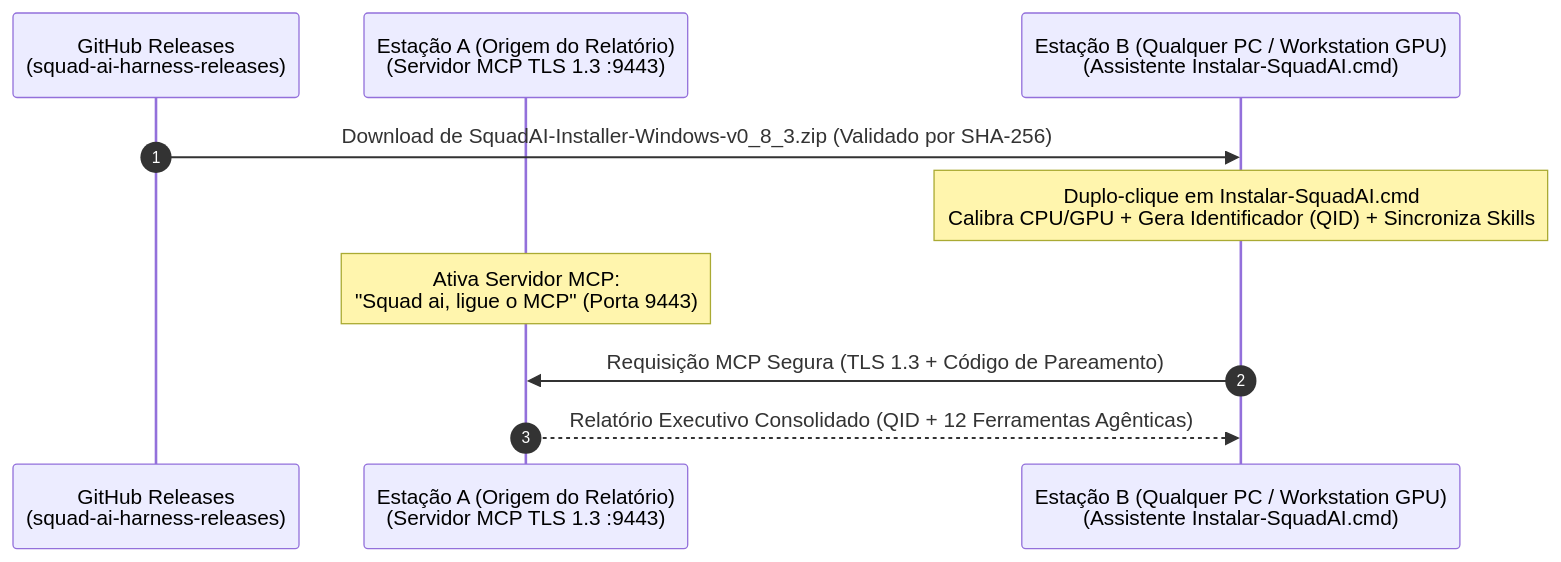
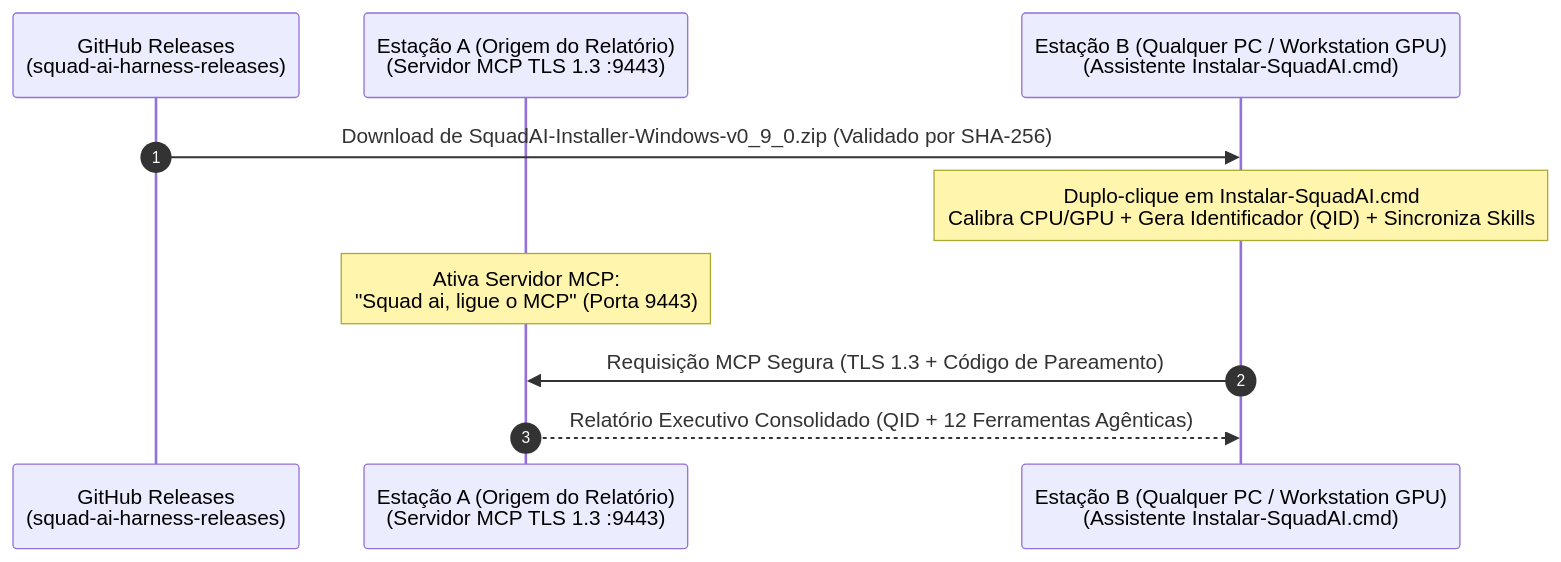
Before and after one commit to thiago701/squad-ai-harness-releases: the diagram in docs/TUTORIAL_INSTALACAO_E_MCP_REMOTO.md, drawn with Mermaid. The commit also changed other lines of this file and 12 other files, not shown here.

````diff
--- a/docs/TUTORIAL_INSTALACAO_E_MCP_REMOTO.md
+++ b/docs/TUTORIAL_INSTALACAO_E_MCP_REMOTO.md
@@ -20,13 +20,13 @@
 ```mermaid
 sequenceDiagram
     autonumber
     participant Dist as GitHub Releases<br/>(squad-ai-harness-releases)
     participant EstA as Estação A (Origem do Relatório)<br/>(Servidor MCP TLS 1.3 :9443)
     participant EstB as Estação B (Qualquer PC / Workstation GPU)<br/>(Assistente Instalar-SquadAI.cmd)
 
-    Dist->>EstB: Download de SquadAI-Installer-Windows-v0_8_3.zip (Validado por SHA-256)
+    Dist->>EstB: Download de SquadAI-Installer-Windows-v0_9_0.zip (Validado por SHA-256)
     Note over EstB: Duplo-clique em Instalar-SquadAI.cmd<br/>Calibra CPU/GPU + Gera Identificador (QID) + Sincroniza Skills
     Note over EstA: Ativa Servidor MCP:<br/>"Squad ai, ligue o MCP" (Porta 9443)
     EstB->>EstA: Requisição MCP Segura (TLS 1.3 + Código de Pareamento)
     EstA-->>EstB: Relatório Executivo Consolidado (QID + 12 Ferramentas Agênticas)
 ```
````
